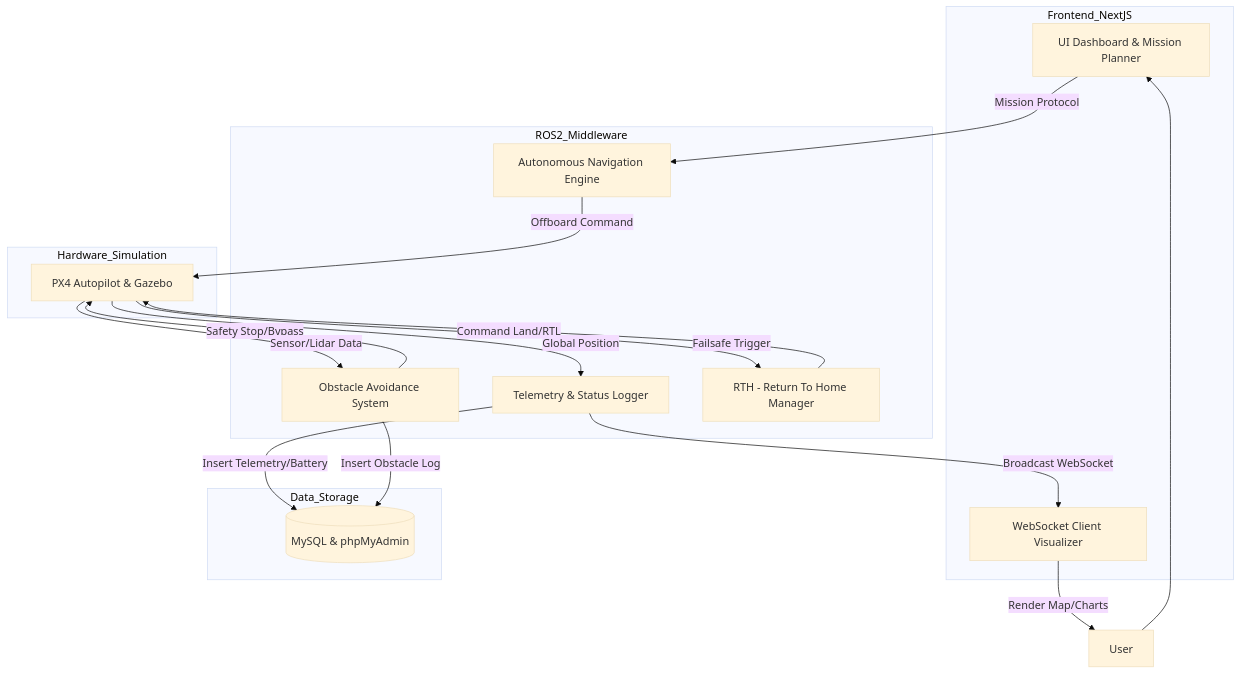
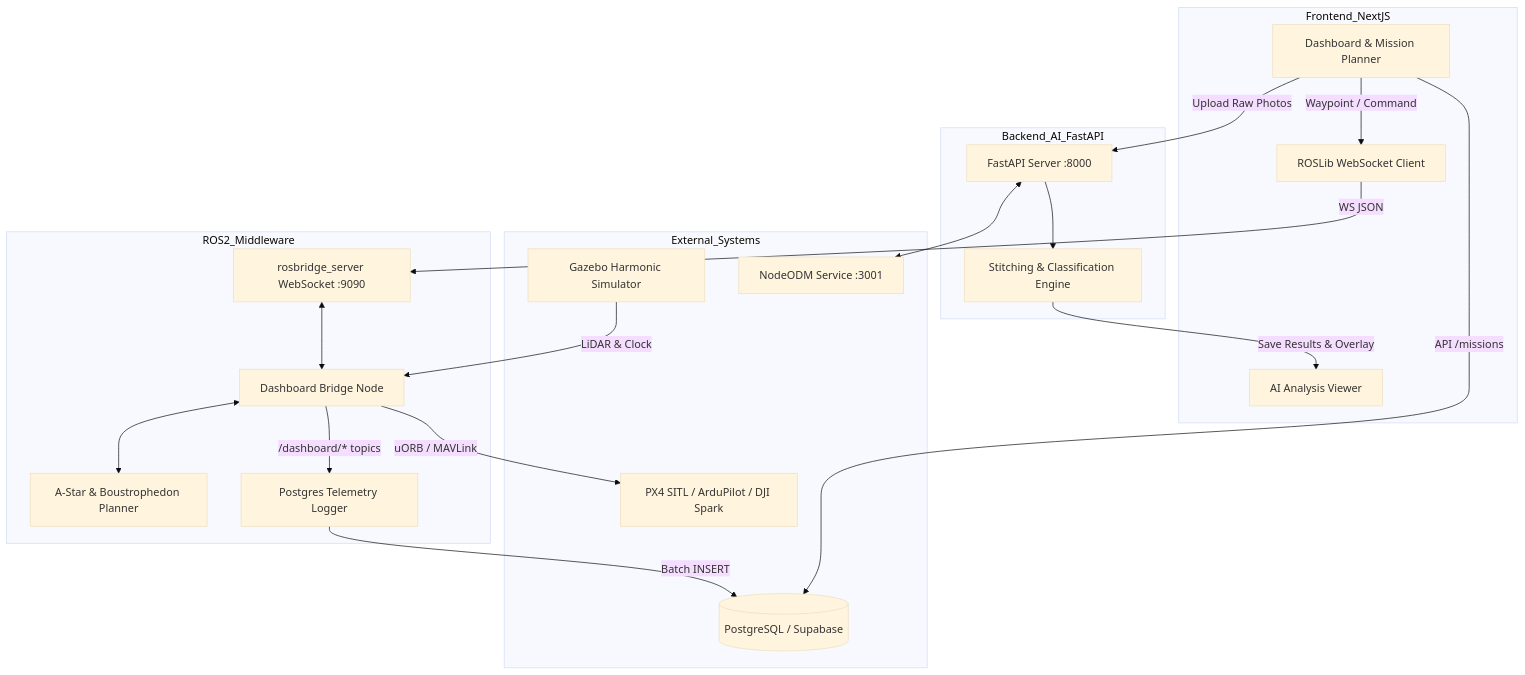
Before and after one commit to MTaufikIqball00/Harvest_Drone: the third of 3 diagrams in docs/SYSTEM_DOCUMENTATION.md, drawn with Mermaid (base theme). The commit also changed other lines of this file and 1056 other files, not shown here.

````diff
--- a/docs/SYSTEM_DOCUMENTATION.md
+++ b/docs/SYSTEM_DOCUMENTATION.md
@@ -147,44 +168,46 @@
 ```mermaid
 graph TD
     subgraph Frontend_NextJS
-        P1[UI Dashboard & Mission Planner]
-        P2[WebSocket Client Visualizer]
+        P1[Dashboard & Mission Planner]
+        P2[ROSLib WebSocket Client]
+        P3[AI Analysis Viewer]
     end
 
     subgraph ROS2_Middleware
-        P3[Autonomous Navigation Engine]
-        P4[Obstacle Avoidance System]
-        P5[Telemetry & Status Logger]
-        P6[RTH - Return To Home Manager]
+        P4[Dashboard Bridge Node]
+        P5[A-Star & Boustrophedon Planner]
+        P6[Postgres Telemetry Logger]
+        P7[rosbridge_server WebSocket :9090]
     end
 
-    subgraph Hardware_Simulation
-        P7[PX4 Autopilot & Gazebo]
+    subgraph Backend_AI_FastAPI
+        P8[FastAPI Server :8000]
+        P9[Stitching & Classification Engine]
     end
 
-    subgraph Data_Storage
-        P8[(MySQL & phpMyAdmin)]
+    subgraph External_Systems
+        P10[PX4 SITL / ArduPilot / DJI Spark]
+        P11[Gazebo Harmonic Simulator]
+        P12[NodeODM Service :3001]
+        P13[(PostgreSQL / Supabase)]
     end
 
     %% Flow UI to ROS2
-    User --> P1
-    P1 -- "Mission Protocol" --> P3
+    P1 -- "Waypoint / Command" --> P2
+    P2 -- "WS JSON" --> P7
+    P7 <--> P4
+    P4 <--> P5
+    P4 -- "uORB / MAVLink" --> P10
+    P11 -- "LiDAR & Clock" --> P4
     
-    %% Flow ROS2 to PX4
-    P3 -- "Offboard Command" --> P7
-    P4 -- "Safety Stop/Bypass" --> P7
-    P7 -- "Sensor/Lidar Data" --> P4
-    P7 -- "Global Position" --> P5
-    
-    %% Flow Logging
-    P5 -- "Insert Telemetry/Battery" --> P8
-    P4 -- "Insert Obstacle Log" --> P8
-    P7 -- "Failsafe Trigger" --> P6
-    
-    %% Flow Realtime Visualization
-    P5 -- "Broadcast WebSocket" --> P2
-    P2 -- "Render Map/Charts" --> User
-    
-    %% Feedback Loop
-    P6 -- "Command Land/RTL" --> P7
+    %% Telemetry logging
+    P4 -- "/dashboard/* topics" --> P6
+    P6 -- "Batch INSERT" --> P13
+
+    %% AI Pipeline
+    P1 -- "Upload Raw Photos" --> P8
+    P8 <--> P12
+    P8 --> P9
+    P9 -- "Save Results & Overlay" --> P3
+    P1 -- "API /missions" --> P13
 ```
````
